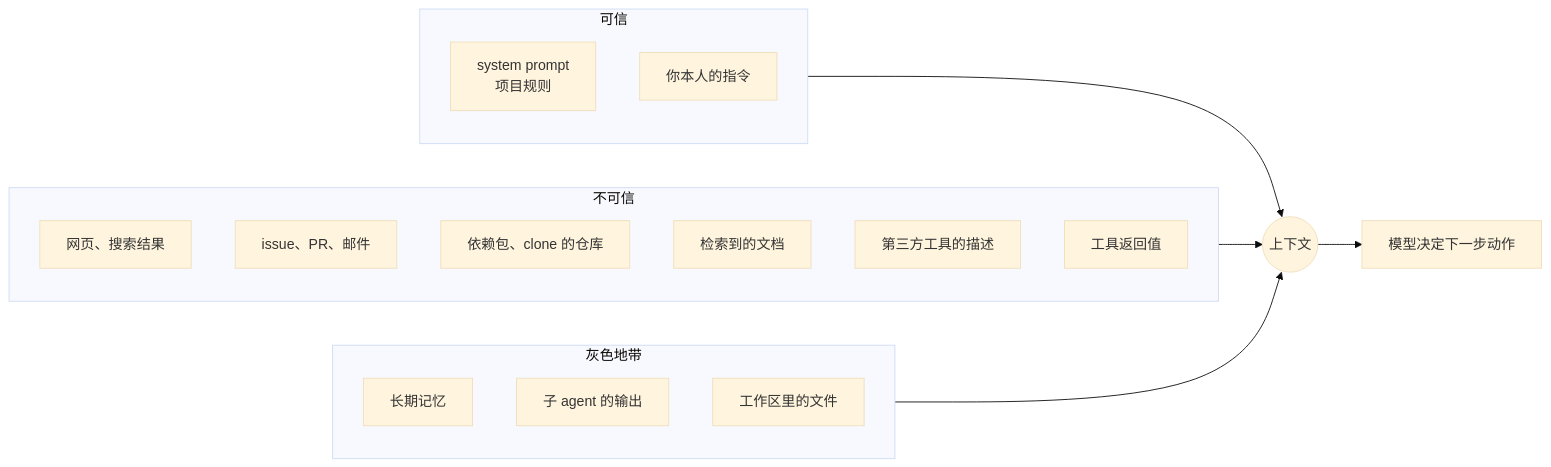
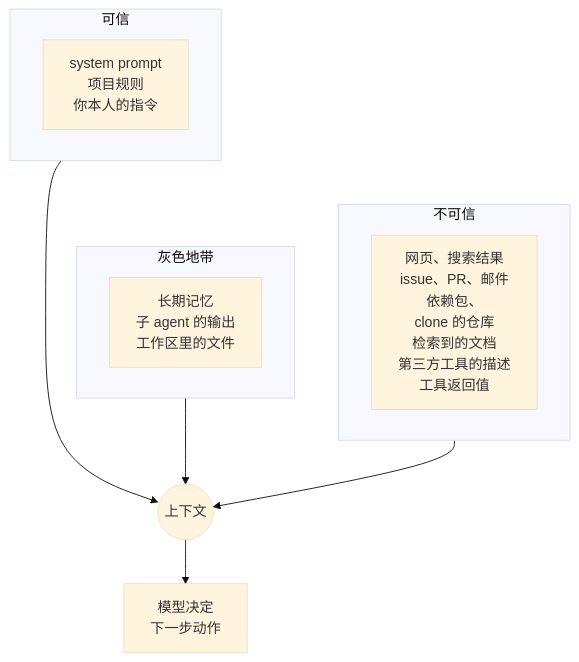
Before and after one commit to jarvis-pro/hatch-shelf: the diagram in books/agent-safety/01-threat-model.md, drawn with Mermaid (base theme). The commit also changed 432 other files, not shown here.

````diff
--- a/books/agent-safety/01-threat-model.md
+++ b/books/agent-safety/01-threat-model.md
@@ -56,24 +56,17 @@
 ```mermaid
-flowchart LR
+flowchart TD
   subgraph T["可信"]
-    SP["system prompt<br/>项目规则"]
-    U["你本人的指令"]
+    T1["system prompt<br/>项目规则<br/>你本人的指令"]
+  end
+  subgraph G["灰色地带"]
+    G1["长期记忆<br/>子 agent 的输出<br/>工作区里的文件"]
   end
   subgraph N["不可信"]
-    W["网页、搜索结果"]
-    I["issue、PR、邮件"]
-    D["依赖包、clone 的仓库"]
-    R["检索到的文档"]
-    TD["第三方工具的描述"]
-    TR["工具返回值"]
+    N1["网页、搜索结果<br/>issue、PR、邮件<br/>依赖包、<br/>clone 的仓库<br/>检索到的文档<br/>第三方工具的描述<br/>工具返回值"]
   end
-  subgraph G["灰色地带"]
-    M["长期记忆"]
-    SA["子 agent 的输出"]
-    F["工作区里的文件"]
-  end
+  T ~~~ G
   T --> C(("上下文"))
+  G --> C
   N --> C
-  G --> C
-  C --> A["模型决定下一步动作"]
+  C --> A["模型决定<br/>下一步动作"]
 ```
````
